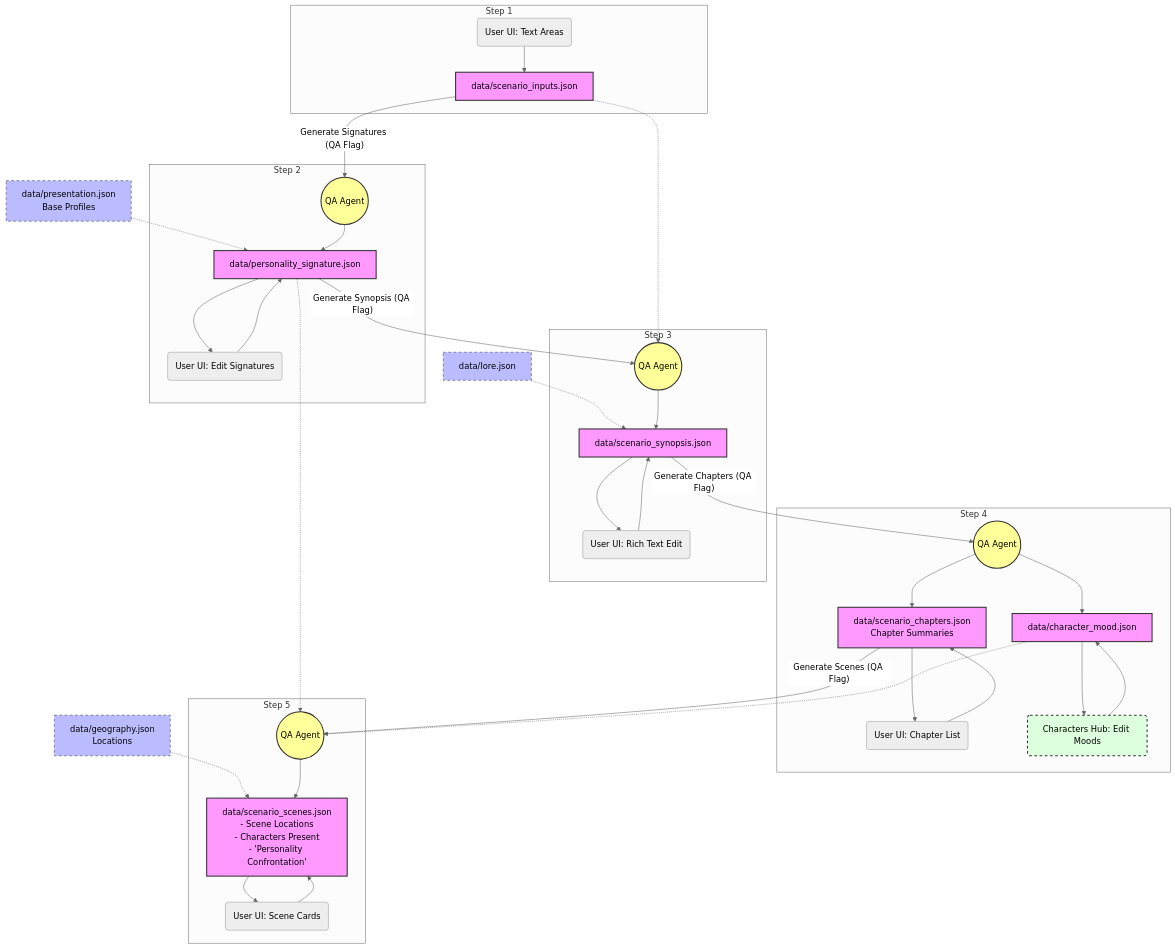
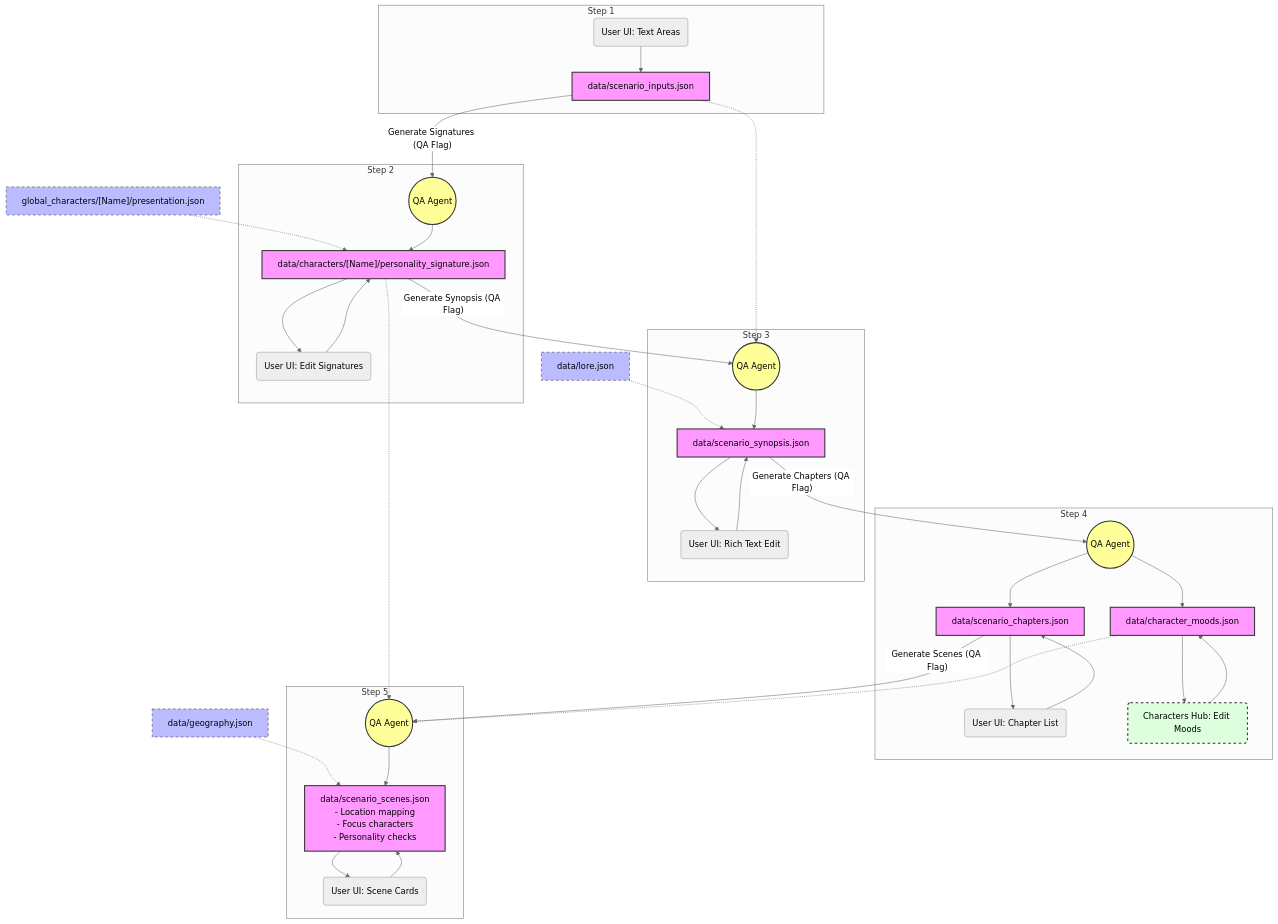
The diagram in scenario_pipeline_handoff.md (LucRobey/ComicBookArchtict), drawn with Mermaid (neutral theme) before and after one commit. The commit also changed other lines of this file and 138 other files, not shown here.

````diff
--- a/scenario_pipeline_handoff.md
+++ b/scenario_pipeline_handoff.md
@@ -77,69 +74,69 @@
 ```mermaid
 flowchart TD
     %% Base Data Sources
     LORE["data/lore.json"] -.-> S3
-    PRES["data/presentation.json<br/>Base Profiles"] -.-> S2
-    GEO["data/geography.json<br/>Locations"] -.-> S5
+    PRES["global_characters/[Name]/presentation.json"] -.-> S2
+    GEO["data/geography.json"] -.-> S5
 
     %% Step 1
     subgraph Step 1
         UI1("User UI: Text Areas") --> S1["data/scenario_inputs.json"]
     end
 
     %% QA Trigger 1
     S1 -- "Generate Signatures (QA Flag)" --> Agent1(("QA Agent"))
     
     %% Step 2
     subgraph Step 2
-        Agent1 --> S2["data/personality_signature.json"]
+        Agent1 --> S2["data/characters/[Name]/personality_signature.json"]
         UI2("User UI: Edit Signatures") --> S2
         S2 --> UI2
     end
 
     %% QA Trigger 2
     S2 -- "Generate Synopsis (QA Flag)" --> Agent2(("QA Agent"))
     S1 -.-> Agent2
 
     %% Step 3
     subgraph Step 3
         Agent2 --> S3["data/scenario_synopsis.json"]
         UI3("User UI: Rich Text Edit") --> S3
         S3 --> UI3
     end
 
     %% QA Trigger 3
     S3 -- "Generate Chapters (QA Flag)" --> Agent3(("QA Agent"))
 
     %% Step 4
     subgraph Step 4
-        Agent3 --> S4["data/scenario_chapters.json<br/>Chapter Summaries"]
-        Agent3 --> CM["data/character_mood.json"]
+        Agent3 --> S4["data/scenario_chapters.json"]
+        Agent3 --> CM["data/character_moods.json"]
         UI4("User UI: Chapter List") --> S4
         S4 --> UI4
         UI_Hub("Characters Hub: Edit Moods") --> CM
         CM --> UI_Hub
     end
 
     %% QA Trigger 4
     S4 -- "Generate Scenes (QA Flag)" --> Agent4(("QA Agent"))
     CM -.-> Agent4
     S2 -.-> Agent4
 
     %% Step 5
     subgraph Step 5
-        Agent4 --> S5["data/scenario_scenes.json<br/>- Scene Locations<br/>- Characters Present<br/>- 'Personality Confrontation'"]
+        Agent4 --> S5["data/scenario_scenes.json<br/>- Location mapping<br/>- Focus characters<br/>- Personality checks"]
         UI5("User UI: Scene Cards") --> S5
         S5 --> UI5
     end
 
     %% Styling
     classDef file fill:#f9f,stroke:#333,stroke-width:2px;
     classDef agent fill:#ff9,stroke:#333,stroke-width:2px;
     classDef baseData fill:#bbf,stroke:#333,stroke-width:1px,stroke-dasharray: 5 5;
     classDef hubUI fill:#dfd,stroke:#333,stroke-width:2px,stroke-dasharray: 5 5;
     
     class S1,S2,S3,S4,CM,S5 file;
     class Agent1,Agent2,Agent3,Agent4 agent;
     class LORE,PRES,GEO baseData;
     class UI_Hub hubUI;
 ```
````
